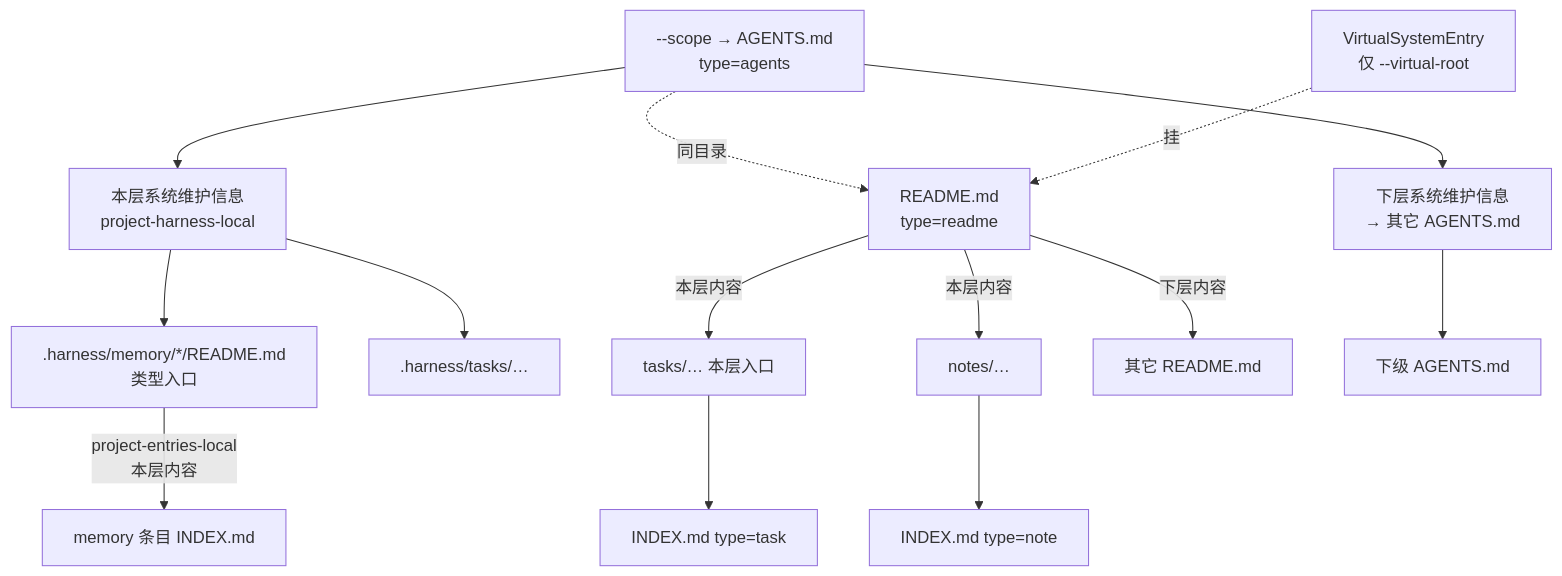
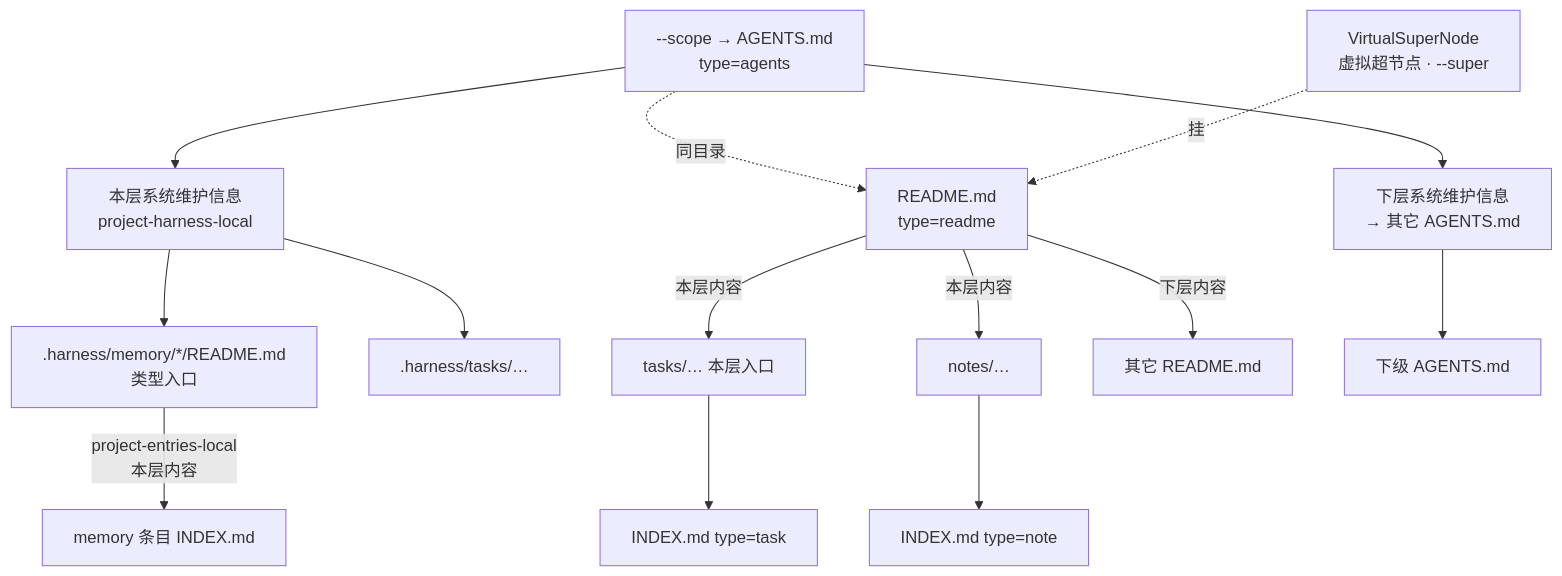
Before and after one commit to VirusPC/edges: the second of 4 diagrams in docs/superpowers/plans/2026-10-06-recursive-system-two-entries.md, drawn with Mermaid. The commit also changed other lines of this file and 11 other files, not shown here.

First line of the commit message:
docs: 虚拟超节点与 --super 取代 virtual-root

````diff
--- a/docs/superpowers/plans/2026-10-06-recursive-system-two-entries.md
+++ b/docs/superpowers/plans/2026-10-06-recursive-system-two-entries.md
@@ -67,20 +67,20 @@
 ```mermaid
 flowchart TB
-  VR["VirtualSystemEntry<br/>仅 --virtual-root"] -.->|挂| RR
+  VR["VirtualSuperNode<br/>虚拟超节点 · --super"] -.->|挂| RR
   Scope["--scope → AGENTS.md<br/>type=agents"] --> Maint["本层系统维护信息<br/>project-harness-local"]
   Scope --> DownA["下层系统维护信息<br/>→ 其它 AGENTS.md"]
   Scope -.同目录.-> RR["README.md<br/>type=readme"]
 
   Maint --> TypeIdx[".harness/memory/*/README.md<br/>类型入口"]
   Maint --> HTasks[".harness/tasks/…"]
   TypeIdx -->|"project-entries-local<br/>本层内容"| MemLeaf["memory 条目 INDEX.md"]
 
   RR -->|"本层内容"| Tasks["tasks/… 本层入口"]
   RR -->|"本层内容"| Notes["notes/…"]
   RR -->|"下层内容"| NestedR["其它 README.md"]
 
   Tasks --> Task["INDEX.md type=task"]
   Notes --> Note["INDEX.md type=note"]
 
   DownA --> ChildA["下级 AGENTS.md"]
 ```
````
